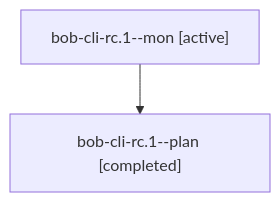
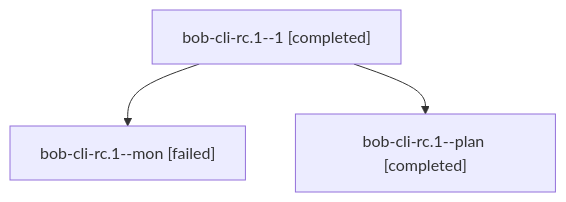
Before and after one commit to bobs-org/bob-cli--agents: the diagram in sessions/bbugyi200.athena.bob-cli-rc.1.md, drawn with Mermaid. The commit also changed other lines of this file and 24 other files, not shown here.

````diff
--- a/sessions/bbugyi200.athena.bob-cli-rc.1.md
+++ b/sessions/bbugyi200.athena.bob-cli-rc.1.md
@@ -9,6 +9,8 @@
 ```mermaid
 flowchart TD
-  n0["bob-cli-rc.1--mon [active]"]
-  n1["bob-cli-rc.1--plan [completed]"]
+  n0["bob-cli-rc.1--1 [completed]"]
+  n1["bob-cli-rc.1--mon [failed]"]
   n0 --> n1
+  n2["bob-cli-rc.1--plan [completed]"]
+  n0 --> n2
 ```
````
